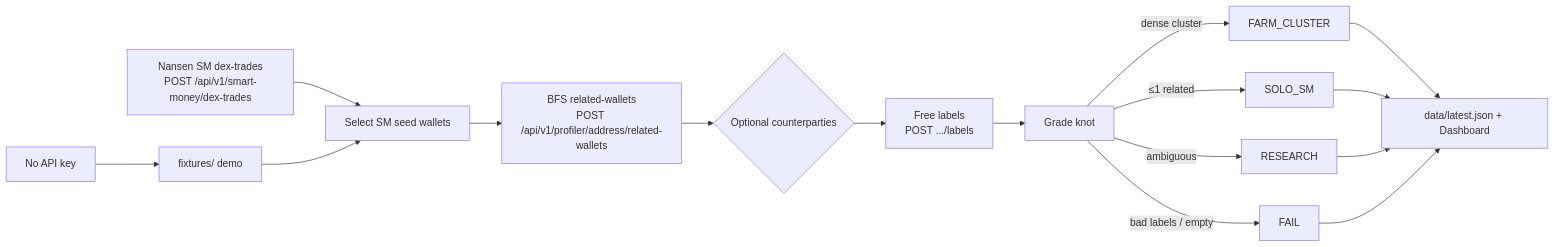
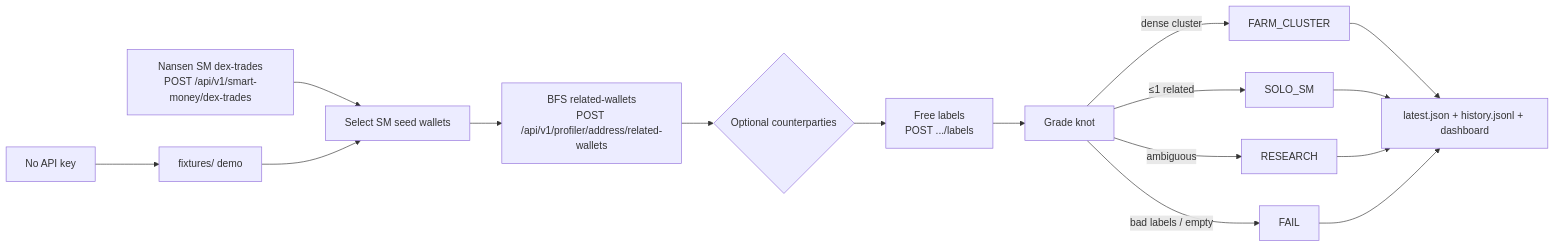
The diagram in README.md (talentsolutionsmyanmar-max/glass-knot), drawn with Mermaid before and after one commit. The commit also changed other lines of this file and 9 other files, not shown here.

Commit message:
Mother-test dashboard: farm-vs-solo graph, grade proof, inspect history

````diff
--- a/README.md
+++ b/README.md
@@ -57,18 +55,18 @@
 ```mermaid
 flowchart LR
   A[Nansen SM dex-trades<br/>POST /api/v1/smart-money/dex-trades] --> B[Select SM seed wallets]
   B --> C[BFS related-wallets<br/>POST /api/v1/profiler/address/related-wallets]
   C --> D{Optional counterparties}
   D --> E[Free labels<br/>POST .../labels]
   E --> F[Grade knot]
   F -->|dense cluster| G[FARM_CLUSTER]
   F -->|≤1 related| H[SOLO_SM]
   F -->|ambiguous| I[RESEARCH]
   F -->|bad labels / empty| J[FAIL]
-  G --> K[data/latest.json + Dashboard]
+  G --> K[latest.json + history.jsonl + dashboard]
   H --> K
   I --> K
   J --> K
   L[No API key] --> M[fixtures/ demo]
   M --> B
 ```
````
